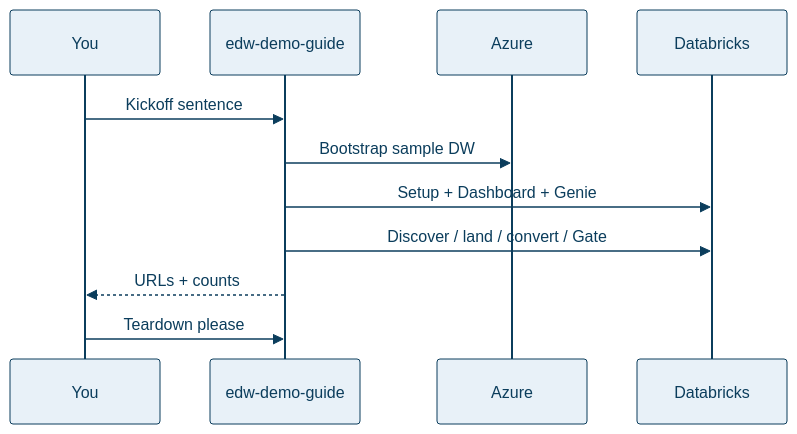
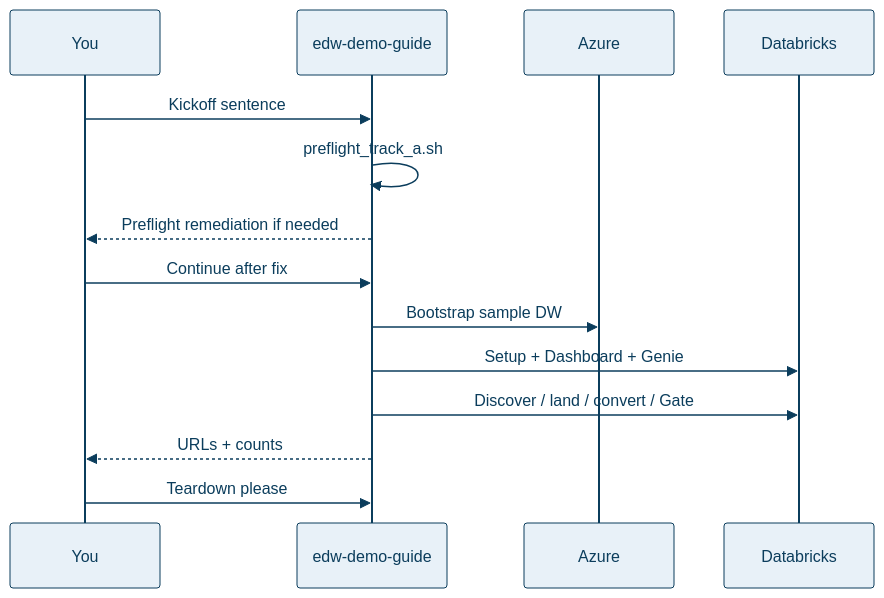
The second of 2 diagrams in docs/guided-demo.md (Jericho2010/edwmigration), drawn with Mermaid before and after one commit. The commit also changed other lines of this file and 56 other files, not shown here.

````diff
--- a/docs/guided-demo.md
+++ b/docs/guided-demo.md
@@ -61,14 +57,17 @@
 ```mermaid
 %%{init: {"theme":"base","themeVariables":{"primaryColor":"#E8F1F8","primaryTextColor":"#0B3D5C","primaryBorderColor":"#0B3D5C","lineColor":"#5B7A8C","secondaryColor":"#E6F4F1","tertiaryColor":"#F7F3EA","background":"#FFFFFF","mainBkg":"#E8F1F8","clusterBkg":"#F7FAFC","clusterBorder":"#5B7A8C","titleColor":"#0B3D5C","edgeLabelBackground":"#FFFFFF"}}}%%
 sequenceDiagram
   participant You
   participant Guide as edw-demo-guide
   participant Azure
   participant DBX as Databricks
   You->>Guide: Kickoff sentence
+  Guide->>Guide: preflight_track_a.sh
+  Guide-->>You: Preflight remediation if needed
+  You->>Guide: Continue after fix
   Guide->>Azure: Bootstrap sample DW
   Guide->>DBX: Setup + Dashboard + Genie
   Guide->>DBX: Discover / land / convert / Gate
   Guide-->>You: URLs + counts
   You->>Guide: Teardown please
 ```
````
